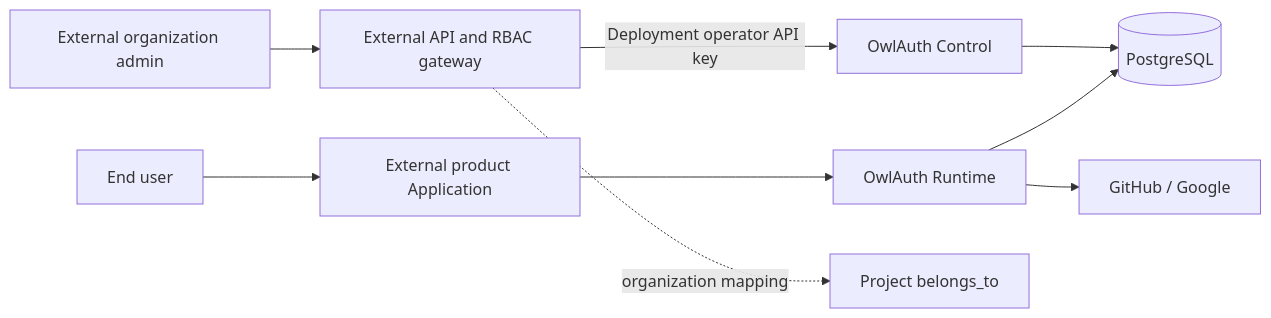
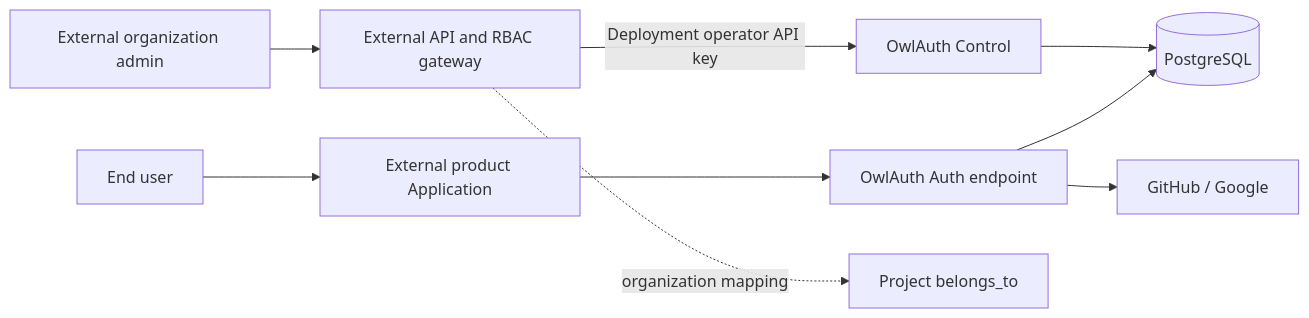
Before and after one commit to owlfoundry/owlauth: the fourth of 4 diagrams in spec/01-system-context-and-goals.md, drawn with Mermaid. The commit also changed other lines of this file and 182 other files, not shown here.

````diff
--- a/spec/01-system-context-and-goals.md
+++ b/spec/01-system-context-and-goals.md
@@ -177,13 +174,13 @@
 ```mermaid
 flowchart LR
     OrgAdmin[External organization admin] --> Gateway[External API and RBAC gateway]
     Gateway -->|Deployment operator API key| Control[OwlAuth Control]
     Control --> PG[(PostgreSQL)]
 
     EndUser[End user] --> App[External product Application]
-    App --> Runtime[OwlAuth Runtime]
-    Runtime --> Provider[GitHub / Google]
-    Runtime --> PG
+    App --> Auth[OwlAuth Auth endpoint]
+    Auth --> Provider[GitHub / Google]
+    Auth --> PG
 
     Gateway -. organization mapping .-> BT[Project belongs_to]
 ```
````
